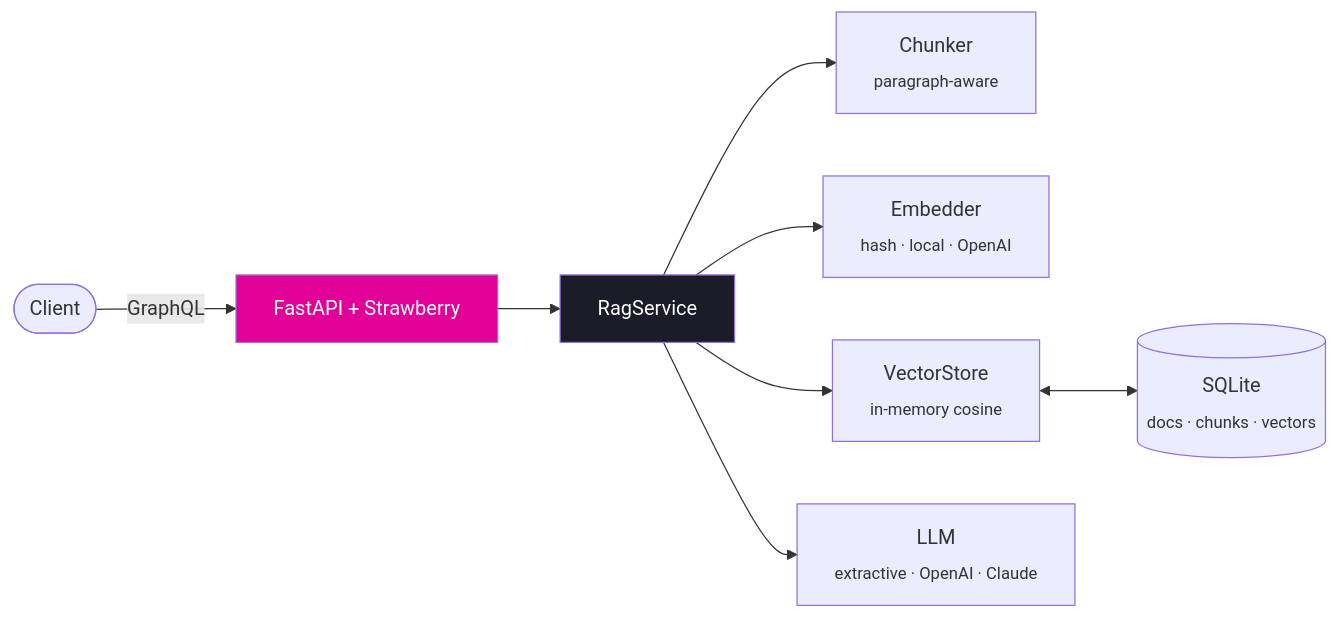
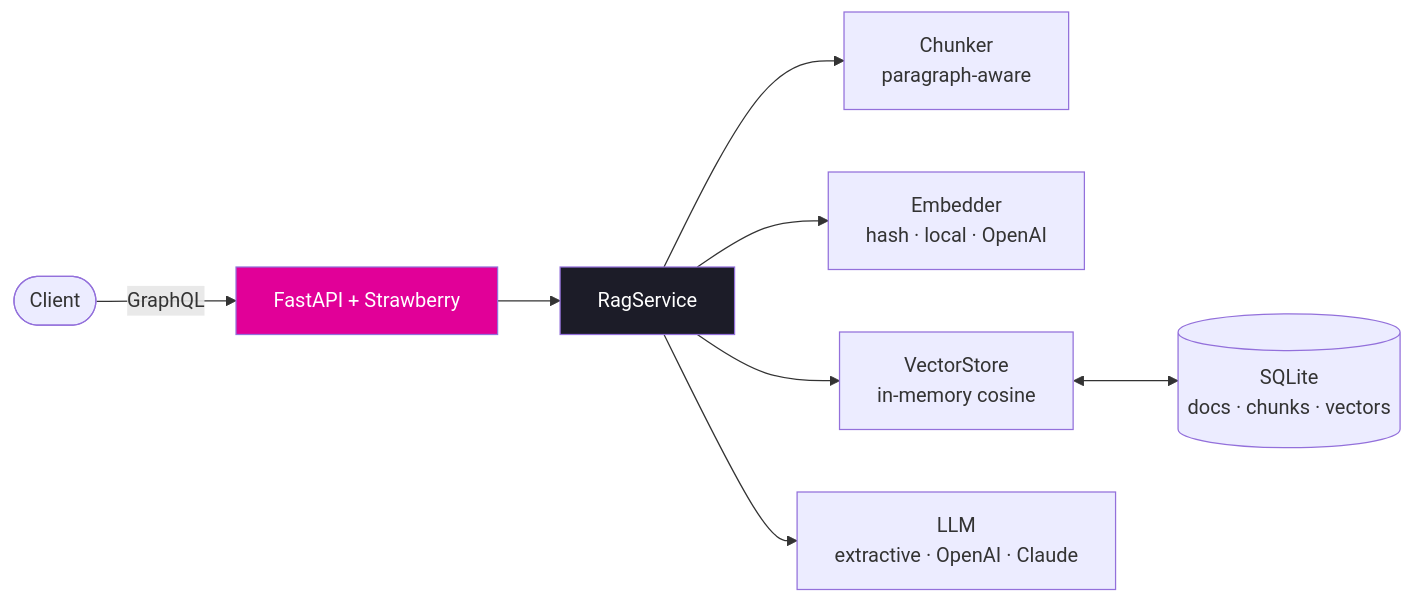
The diagram in README.md (mohithgowdak/graphsearch), drawn with Mermaid before and after one commit.

Commit message:
Fix mermaid label clipping (drop sub tags)

````diff
--- a/README.md
+++ b/README.md
@@ -162,12 +162,12 @@
 ```mermaid
 flowchart LR
     C([Client]) -->|"GraphQL"| S["FastAPI + Strawberry"]
     S --> R["RagService"]
-    R --> CH["Chunker<br/><sub>paragraph-aware</sub>"]
-    R --> E["Embedder<br/><sub>hash · local · OpenAI</sub>"]
-    R --> V["VectorStore<br/><sub>in-memory cosine</sub>"]
-    R --> L["LLM<br/><sub>extractive · OpenAI · Claude</sub>"]
-    V <--> DB[("SQLite<br/><sub>docs · chunks · vectors</sub>")]
+    R --> CH["Chunker<br/>paragraph-aware"]
+    R --> E["Embedder<br/>hash · local · OpenAI"]
+    R --> V["VectorStore<br/>in-memory cosine"]
+    R --> L["LLM<br/>extractive · OpenAI · Claude"]
+    V <--> DB[("SQLite<br/>docs · chunks · vectors")]
     style S fill:#e10098,color:#fff
     style R fill:#1c1c28,color:#fff
 ```
````
